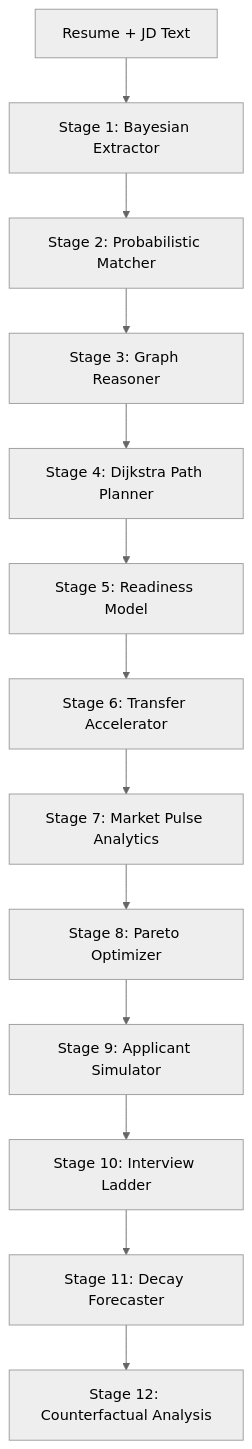
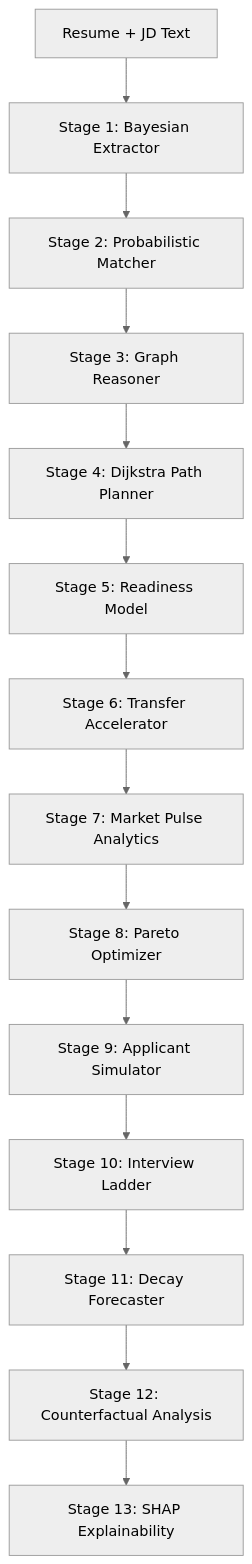
The first of 2 diagrams in README.md (arushihsura/SkillForge-AI), drawn with Mermaid (neutral theme) before and after one commit. The commit also changed other lines of this file and 20 other files, not shown here.

````diff
--- a/README.md
+++ b/README.md
@@ -15,15 +15,16 @@
 ```mermaid
 graph TD
     A[Resume + JD Text] --> B[Stage 1: Bayesian Extractor]
     B --> C[Stage 2: Probabilistic Matcher]
     C --> D[Stage 3: Graph Reasoner]
     D --> E[Stage 4: Dijkstra Path Planner]
     E --> F[Stage 5: Readiness Model]
     F --> G[Stage 6: Transfer Accelerator]
     G --> H[Stage 7: Market Pulse Analytics]
     H --> I[Stage 8: Pareto Optimizer]
     I --> J[Stage 9: Applicant Simulator]
     J --> K[Stage 10: Interview Ladder]
     K --> L[Stage 11: Decay Forecaster]
     L --> M[Stage 12: Counterfactual Analysis]
+    M --> N[Stage 13: SHAP Explainability]
 ```
````
